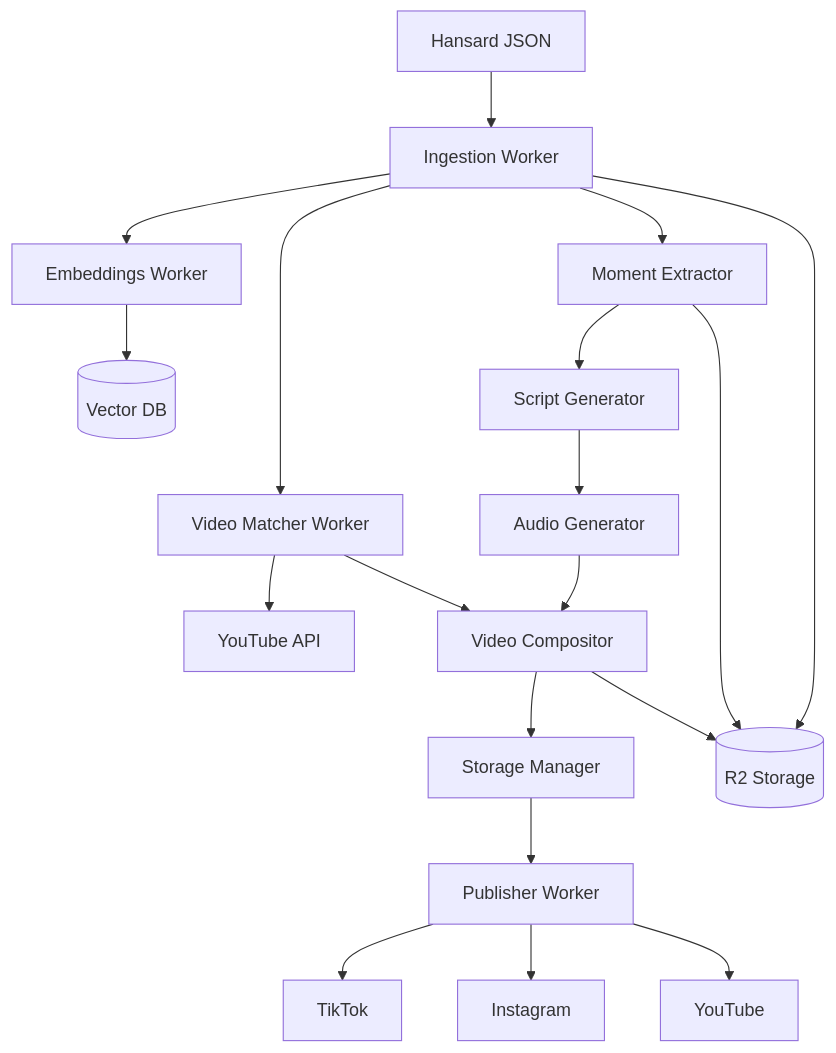
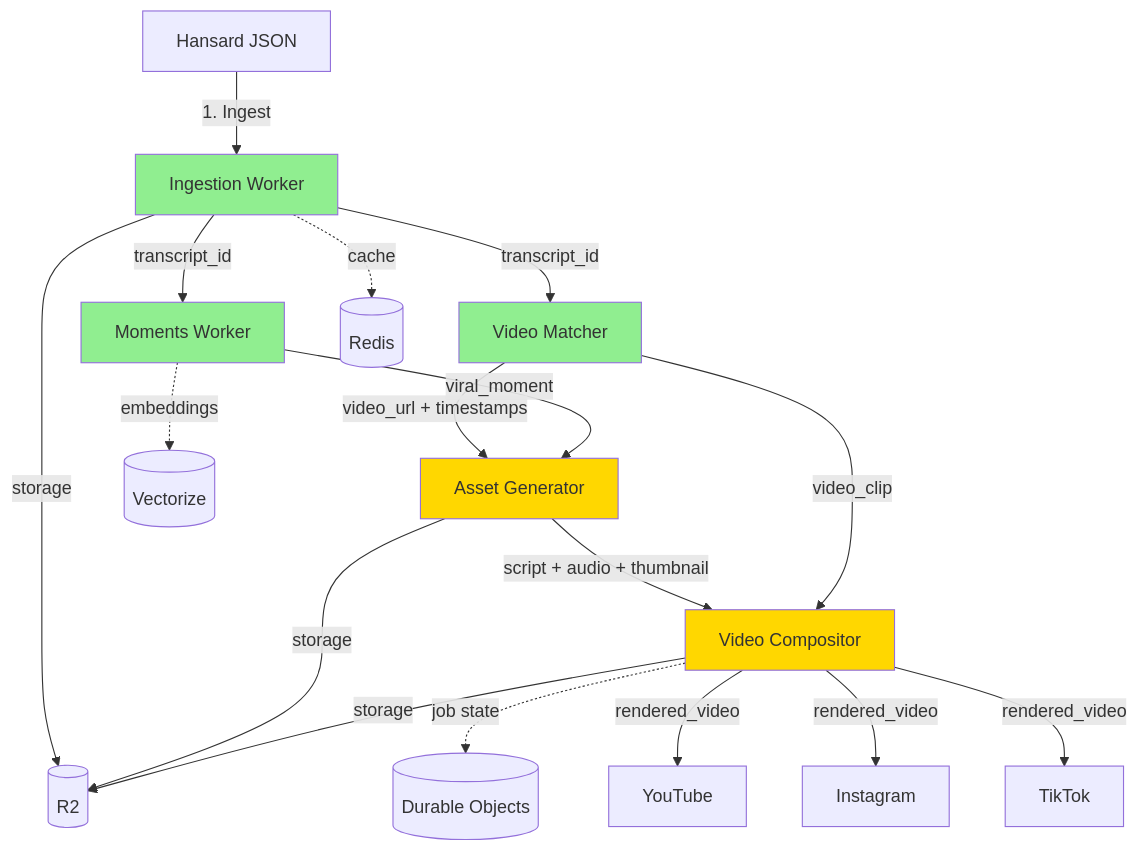
The diagram in ARCHITECTURE.md (erniesg/capless), drawn with Mermaid before and after one commit. The commit also changed other lines of this file and 25 other files, not shown here.

````diff
--- a/ARCHITECTURE.md
+++ b/ARCHITECTURE.md
@@ -246,25 +510,29 @@
 ```mermaid
 graph TB
-    A[Hansard JSON] --> B[Ingestion Worker]
-    B --> C[Embeddings Worker]
-    B --> D[Video Matcher Worker]
-    D --> E[YouTube API]
+    A[Hansard JSON] -->|1. Ingest| B[Ingestion Worker]
+    B -->|transcript_id| C[Video Matcher]
+    B -->|transcript_id| D[Moments Worker]
 
-    B --> F[Moment Extractor]
-    F --> G[Script Generator]
-    G --> H[Audio Generator]
+    C -->|video_url + timestamps| E[Asset Generator]
+    D -->|viral_moment| E
 
-    D --> I[Video Compositor]
-    H --> I
-    I --> J[Storage Manager]
-    J --> K[Publisher Worker]
+    E -->|script + audio + thumbnail| F[Video Compositor]
+    C -->|video_clip| F
 
-    C --> L[(Vector DB)]
-    B --> M[(R2 Storage)]
-    F --> M
-    I --> M
+    F -->|rendered_video| G[TikTok]
+    F -->|rendered_video| H[Instagram]
+    F -->|rendered_video| I[YouTube]
 
-    K --> N[TikTok]
-    K --> O[Instagram]
-    K --> P[YouTube]
+    B -.->|cache| J[(Redis)]
+    D -.->|embeddings| K[(Vectorize)]
+    F -.->|job state| L[(Durable Objects)]
+    B -->|storage| M[(R2)]
+    E -->|storage| M
+    F -->|storage| M
+
+    style B fill:#90EE90
+    style C fill:#90EE90
+    style D fill:#90EE90
+    style E fill:#FFD700
+    style F fill:#FFD700
 ```
````
